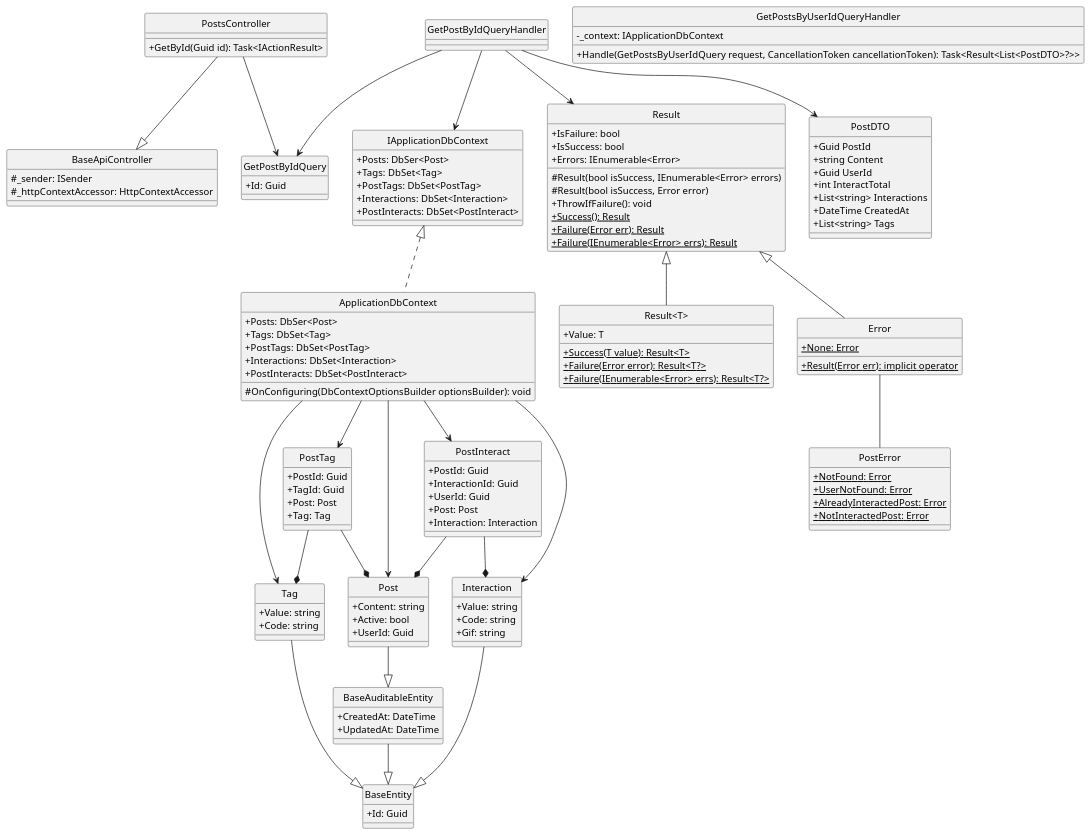
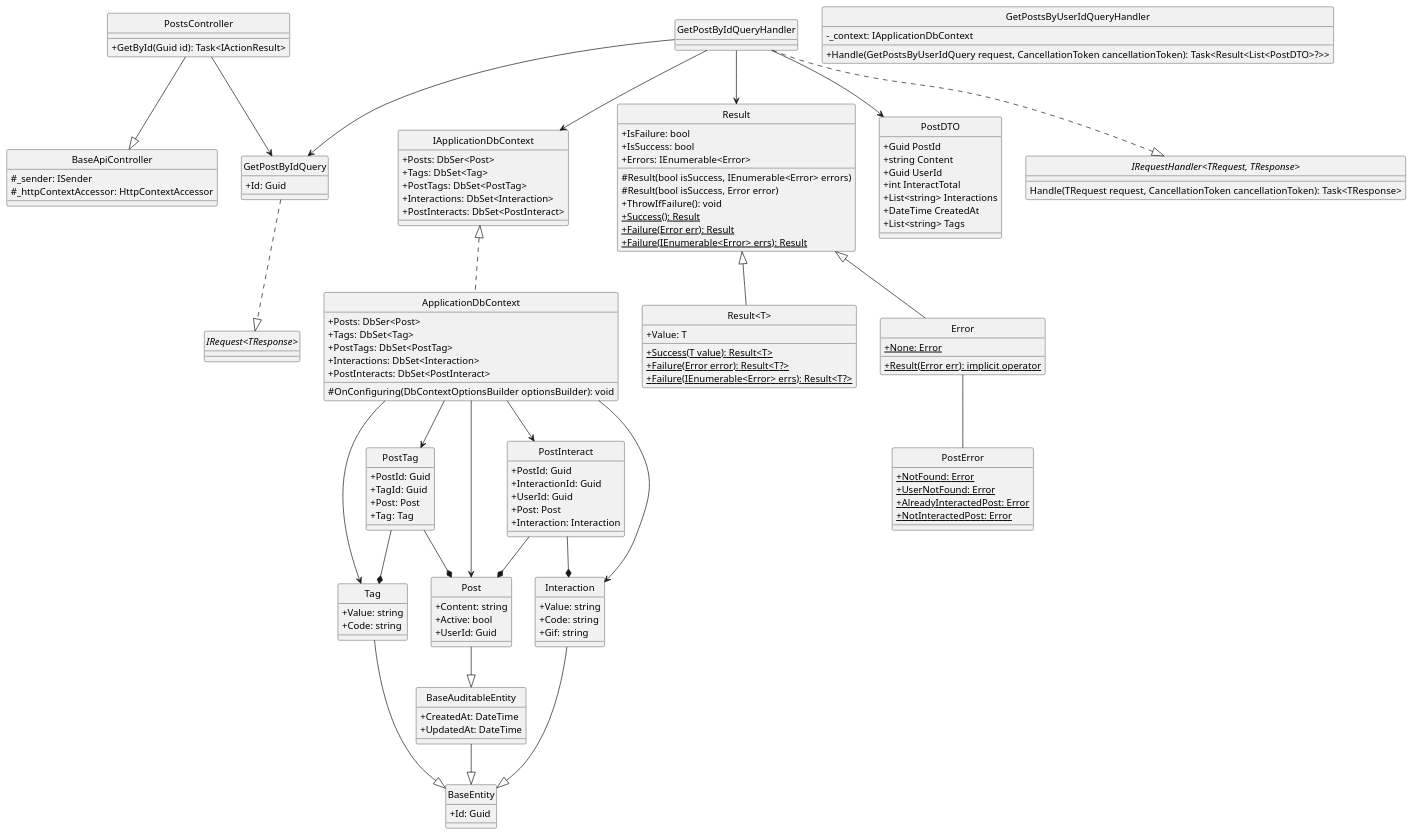
The diagram in docs/Class Diagram/Post/Post/GetPostById/ClassDiagram.plantuml (Carl-Johnsons/Chat-Application), drawn with PlantUML before and after one commit. The commit also changed 21 other files, not shown here.

Commit message:
update post class diagram

```diff
--- a/docs/Class Diagram/Post/Post/GetPostById/ClassDiagram.plantuml
+++ b/docs/Class Diagram/Post/Post/GetPostById/ClassDiagram.plantuml
@@ -1,150 +1,157 @@
-@startuml 
+@startuml getPostById
 hide circle
 skinparam classAttributeIconSize 0
 
 class BaseApiController {
     #_sender: ISender
     #_httpContextAccessor: HttpContextAccessor
 }
 
 class PostsController {
     +GetById(Guid id): Task<IActionResult>
 }
 
 class GetPostByIdQuery {
     +Id: Guid
 }
 
 class GetPostsByUserIdQueryHandler {
     -_context: IApplicationDbContext
     +Handle(GetPostsByUserIdQuery request, CancellationToken cancellationToken): Task<Result<List<PostDTO>?>>
 }
 
 class IApplicationDbContext {
     +Posts: DbSer<Post>
     +Tags: DbSet<Tag>
     +PostTags: DbSet<PostTag> 
     +Interactions: DbSet<Interaction> 
     +PostInteracts: DbSet<PostInteract>
 }
 
 class ApplicationDbContext {
     +Posts: DbSer<Post>
     +Tags: DbSet<Tag>
     +PostTags: DbSet<PostTag> 
     +Interactions: DbSet<Interaction> 
     +PostInteracts: DbSet<PostInteract>
     #OnConfiguring(DbContextOptionsBuilder optionsBuilder): void
 }
 
 class Result {
     +IsFailure: bool
     +IsSuccess: bool
     +Errors: IEnumerable<Error>
     #Result(bool isSuccess, IEnumerable<Error> errors)
     #Result(bool isSuccess, Error error)
     +ThrowIfFailure(): void
     +{static} Success(): Result
     +{static} Failure(Error err): Result
     +{static} Failure(IEnumerable<Error> errs): Result
 }
 
 class "Result<T>" {
     +Value: T
     +{static} Success(T value): Result<T>
     +{static} Failure(Error error): Result<T?>
     +{static} Failure(IEnumerable<Error> errs): Result<T?>
 }
 
 class Error {
     +{static} None: Error 
     +{static} Result(Error err): implicit operator
 }
 
 class PostError {
     +{static} NotFound: Error
     +{static} UserNotFound: Error
     +{static} AlreadyInteractedPost: Error
     +{static} NotInteractedPost: Error
 }
 
 class PostDTO {
     +Guid PostId
     +string Content
     +Guid UserId
     +int InteractTotal 
     +List<string> Interactions
     +DateTime CreatedAt
     +List<string> Tags
 }
 
 class BaseEntity {
     +Id: Guid
 }
 
 class BaseAuditableEntity{
     +CreatedAt: DateTime
     +UpdatedAt: DateTime
 }
 
 class Tag {
     +Value: string
     +Code: string
 }
 
 class Post {
     +Content: string
     +Active: bool
     +UserId: Guid
 }
 
 class PostTag {
     +PostId: Guid
     +TagId: Guid
     +Post: Post
     +Tag: Tag
 }
 
 class Interaction {
     +Value: string
     +Code: string
     +Gif: string
 }
 
 class PostInteract {
     +PostId: Guid
     +InteractionId: Guid
     +UserId: Guid
     +Post: Post
     +Interaction: Interaction
 }
 
+interface "IRequest<TResponse>"
+interface "IRequestHandler<TRequest, TResponse>"{
+    Handle(TRequest request, CancellationToken cancellationToken): Task<TResponse>
+}
+
 '==== Get Post By User Id====
 'API Layer
 PostsController --|> BaseApiController
 PostsController --> GetPostByIdQuery
 'Application Layer
+GetPostByIdQuery ..|> "IRequest<TResponse>"
+GetPostByIdQueryHandler ..|> "IRequestHandler<TRequest, TResponse>"
 GetPostByIdQueryHandler --> GetPostByIdQuery
 GetPostByIdQueryHandler --> Result
 GetPostByIdQueryHandler --> IApplicationDbContext
 GetPostByIdQueryHandler --> PostDTO
 'Domain Layer
 Result <|-- Error
 Result <|-- "Result<T>"
 Error -- PostError
 Tag --|> BaseEntity
 Interaction --|> BaseEntity
 Post --|> BaseAuditableEntity
 BaseAuditableEntity --|> BaseEntity
 PostTag --* Post
 PostTag --* Tag
 PostInteract --* Post
 PostInteract --* Interaction
 'Infrastructure Layer
 IApplicationDbContext <|.. ApplicationDbContext
 ApplicationDbContext --> Tag
 ApplicationDbContext --> Post
 ApplicationDbContext --> PostTag
 ApplicationDbContext --> Interaction
 ApplicationDbContext --> PostInteract
 @enduml
```
